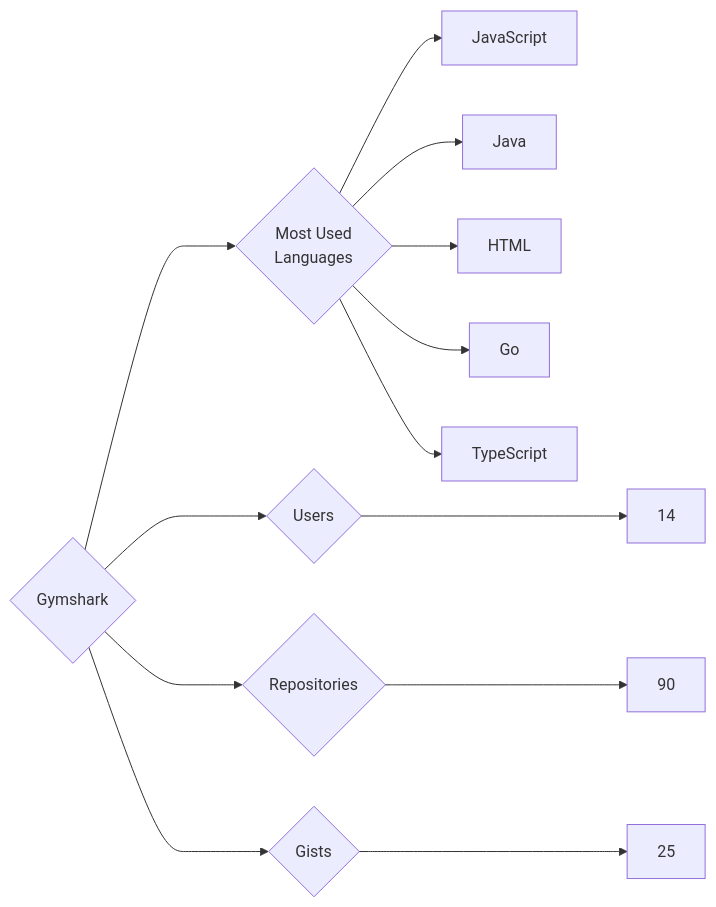
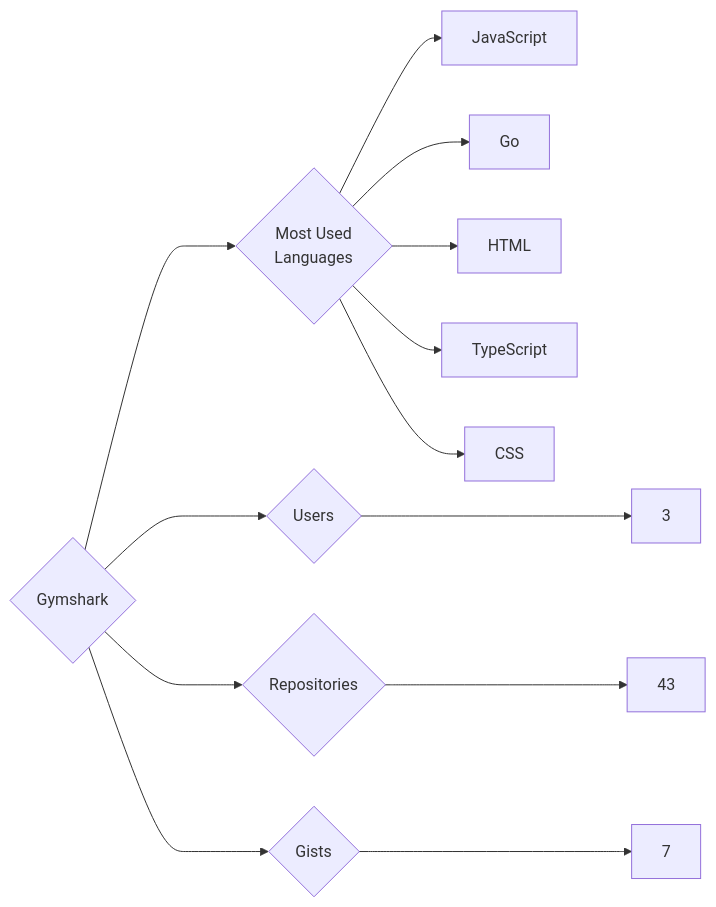
The diagram in targets/Gymshark/README.md (trickest/insiders), drawn with Mermaid before and after one commit. The commit also changed 882 other files, not shown here.

````diff
--- a/targets/Gymshark/README.md
+++ b/targets/Gymshark/README.md
@@ -3,13 +3,13 @@
 ```mermaid
 graph LR
 COMPANY_NAME{Gymshark}
-COMPANY_NAME ---> U{Users} ---> UN[14]
-COMPANY_NAME ---> R{Repositories} ---> RN[90]
-COMPANY_NAME ---> G{Gists} ---> GN[25]
+COMPANY_NAME ---> U{Users} ---> UN[3]
+COMPANY_NAME ---> R{Repositories} ---> RN[43]
+COMPANY_NAME ---> G{Gists} ---> GN[7]
 COMPANY_NAME ---> ML{Most Used<br>Languages}
 ML --> JavaScript[JavaScript]
-ML --> Java[Java]
+ML --> Go[Go]
 ML --> HTML[HTML]
-ML --> Go[Go]
 ML --> TypeScript[TypeScript]
+ML --> CSS[CSS]
 ```
````
